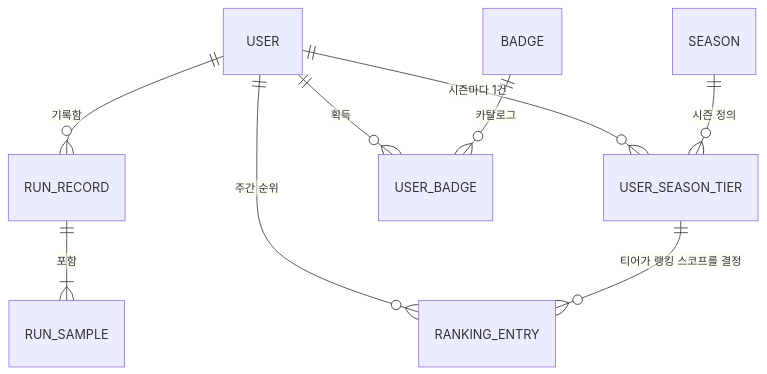
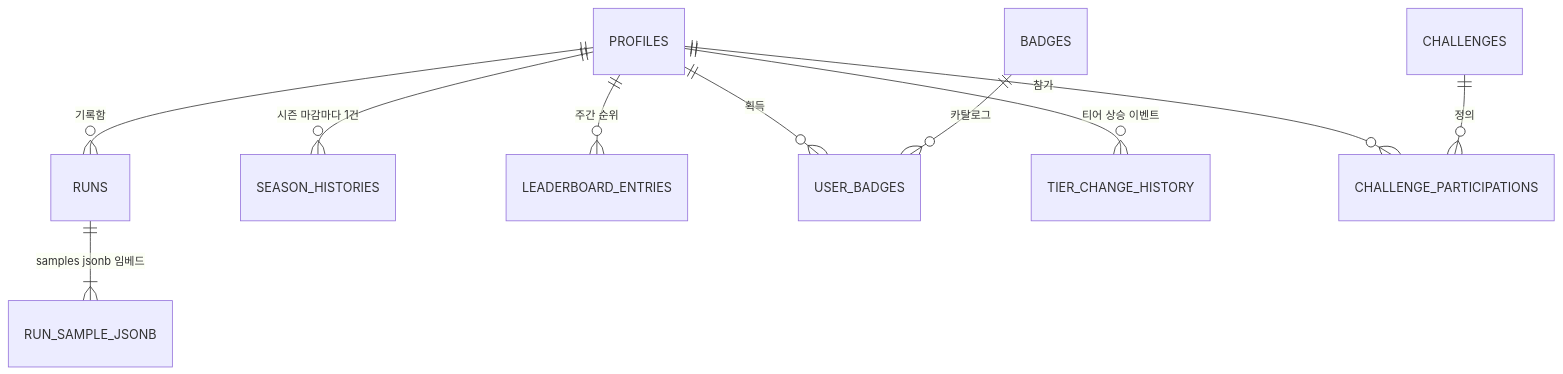
Before and after one commit to j-hyunn/Runnit: the third of 7 diagrams in docs/ARCHITECTURE.md, drawn with Mermaid. The commit also changed other lines of this file and 1 other file, not shown here.

First line of the commit message:
docs: ARCHITECTURE v0.3 / TRD v0.10 — 구현 반영 살아있는 문서로 갱신

````diff
--- a/docs/ARCHITECTURE.md
+++ b/docs/ARCHITECTURE.md
@@ -198,11 +207,12 @@
 ```mermaid
 erDiagram
-    USER ||--o{ RUN_RECORD : "기록함"
-    RUN_RECORD ||--|{ RUN_SAMPLE : "포함"
-    USER ||--o{ USER_SEASON_TIER : "시즌마다 1건"
-    SEASON ||--o{ USER_SEASON_TIER : "시즌 정의"
-    USER ||--o{ RANKING_ENTRY : "주간 순위"
-    USER_SEASON_TIER ||--o{ RANKING_ENTRY : "티어가 랭킹 스코프를 결정"
-    USER ||--o{ USER_BADGE : "획득"
-    BADGE ||--o{ USER_BADGE : "카탈로그"
+    PROFILES ||--o{ RUNS : "기록함"
+    RUNS ||--|{ RUN_SAMPLE_JSONB : "samples jsonb 임베드"
+    PROFILES ||--o{ SEASON_HISTORIES : "시즌 마감마다 1건"
+    PROFILES ||--o{ LEADERBOARD_ENTRIES : "주간 순위"
+    PROFILES ||--o{ USER_BADGES : "획득"
+    BADGES ||--o{ USER_BADGES : "카탈로그"
+    PROFILES ||--o{ TIER_CHANGE_HISTORY : "티어 상승 이벤트"
+    PROFILES ||--o{ CHALLENGE_PARTICIPATIONS : "참가"
+    CHALLENGES ||--o{ CHALLENGE_PARTICIPATIONS : "정의"
 ```
````
